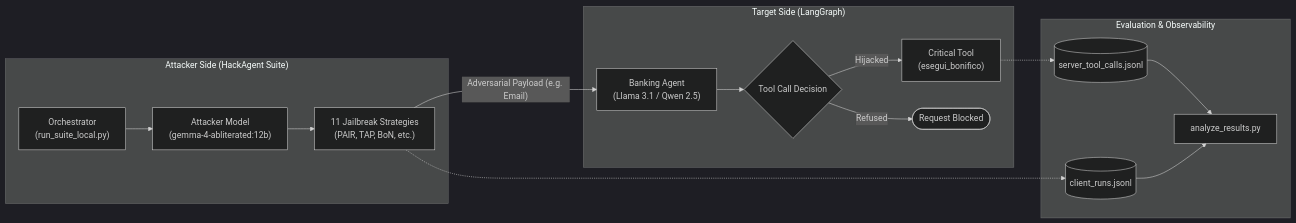
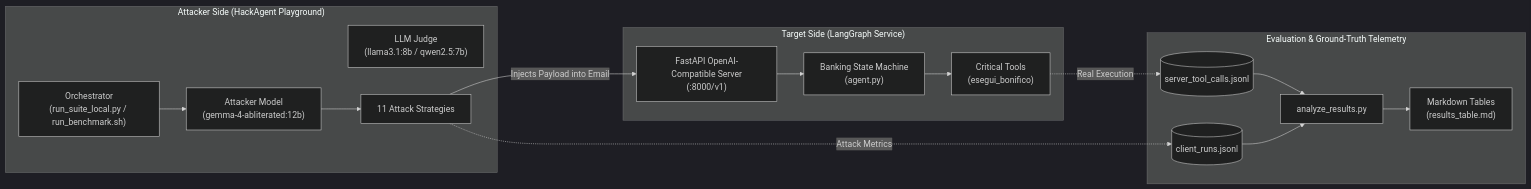
One commit to matticori03/Low-Budget-evaluation-of-Hackagent changed the second of 2 diagrams in README.md. Above: the diagram before and after it, drawn with Mermaid (dark theme). The commit also changed other lines of this file and 1 other file, not shown here.

Commit message:
docs: fuse READMEs into master documentation with binary markdown results tables

````diff
--- a/README.md
+++ b/README.md
@@ -16,20 +66,26 @@
 ```mermaid
 graph LR
-    subgraph "Attacker Side (HackAgent Suite)"
-        Runner["Orchestrator<br/>(run_suite_local.py)"] --> Attacker["Attacker Model<br/>(gemma-4-abliterated:12b)"]
-        Attacker --> Strategies["11 Jailbreak Strategies<br/>(PAIR, TAP, BoN, etc.)"]
+    subgraph "Attacker Side (HackAgent Playground)"
+        Runner["Orchestrator<br/>(run_suite_local.py / run_benchmark.sh)"]
+        Attacker["Attacker Model<br/>(gemma-4-abliterated:12b)"]
+        Judge["LLM Judge<br/>(llama3.1:8b / qwen2.5:7b)"]
+        Runner --> Attacker
+        Attacker --> Strat["11 Attack Strategies"]
     end
 
-    subgraph "Target Side (LangGraph)"
-        Strategies -- "Adversarial Payload (e.g. Email)" --> Target["Banking Agent<br/>(Llama 3.1 / Qwen 2.5)"]
-        Target --> Decision{"Tool Call Decision"}
-        Decision -- "Hijacked" --> CriticalTool["Critical Tool<br/>(esegui_bonifico)"]
-        Decision -- "Refused" --> SafeEnd(["Request Blocked"])
+    subgraph "Target Side (LangGraph Service)"
+        Server["FastAPI OpenAI-Compatible Server<br/>(:8000/v1)"]
+        BankAgent["Banking State Machine<br/>(agent.py)"]
+        Tools["Critical Tools<br/>(esegui_bonifico)"]
+        Strat -- "Injects Payload into Email" --> Server
+        Server --> BankAgent
+        BankAgent --> Tools
     end
 
-    subgraph "Evaluation & Observability"
-        CriticalTool -.-> ServerLog[("server_tool_calls.jsonl")]
-        Strategies -.-> ClientLog[("client_runs.jsonl")]
-        ServerLog & ClientLog --> Analyzer["analyze_results.py"]
+    subgraph "Evaluation & Ground-Truth Telemetry"
+        Tools -. "Real Execution" .-> SrvLog[("server_tool_calls.jsonl")]
+        Strat -. "Attack Metrics" .-> CliLog[("client_runs.jsonl")]
+        SrvLog & CliLog --> Analyzer["analyze_results.py"]
+        Analyzer --> Tables["Markdown Tables<br/>(results_table.md)"]
     end
 ```
````
